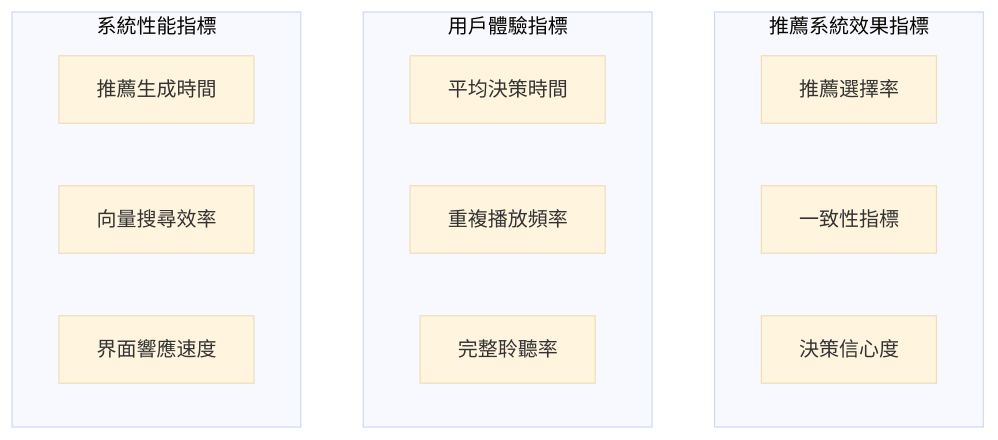
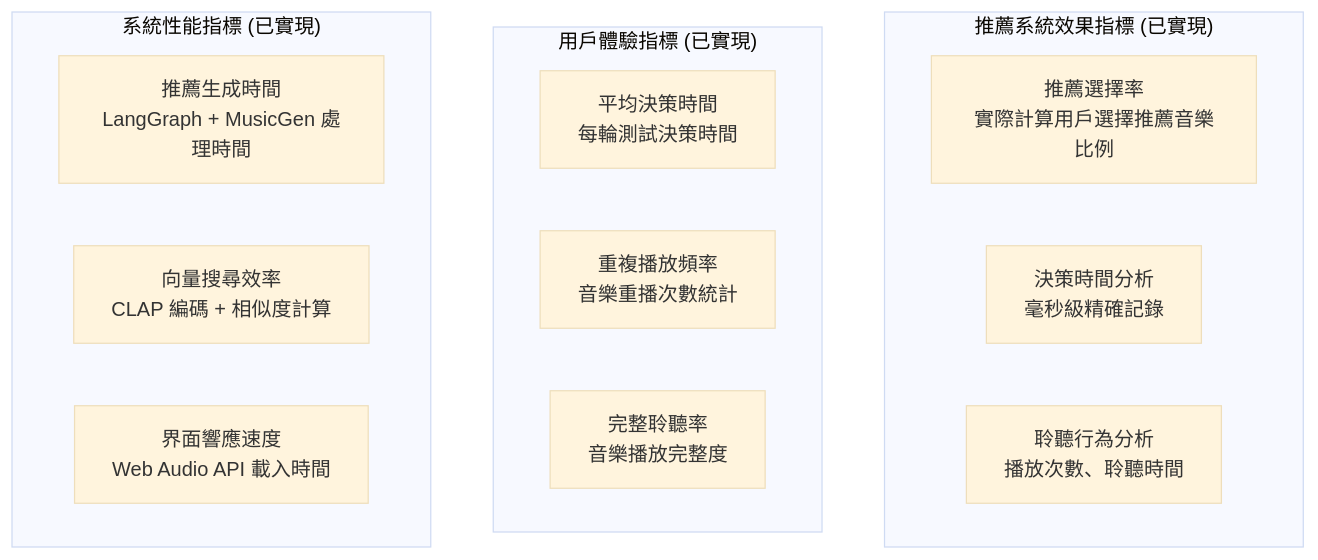
Diagram 11 of 13 in docs/RecommendationSystem.md (whats2000/sleep-recommendation-system), drawn with Mermaid (base theme) before and after one commit. The commit also changed other lines of this file, not shown here.

````diff
--- a/docs/RecommendationSystem.md
+++ b/docs/RecommendationSystem.md
@@ -323,20 +417,20 @@
 ```mermaid
 graph TD
-    subgraph "推薦系統效果指標"
-        A[推薦選擇率]
-        B[一致性指標]
-        C[決策信心度]
+    subgraph "推薦系統效果指標 (已實現)"
+        A[推薦選擇率<br/>實際計算用戶選擇推薦音樂比例]
+        B[決策時間分析<br/>毫秒級精確記錄]
+        C[聆聽行為分析<br/>播放次數、聆聽時間]
     end
-    
-    subgraph "用戶體驗指標"
-        D[平均決策時間]
-        E[重複播放頻率]
-        F[完整聆聽率]
+
+    subgraph "用戶體驗指標 (已實現)"
+        D[平均決策時間<br/>每輪測試決策時間]
+        E[重複播放頻率<br/>音樂重播次數統計]
+        F[完整聆聽率<br/>音樂播放完整度]
     end
-    
-    subgraph "系統性能指標"
-        G[推薦生成時間]
-        H[向量搜尋效率]
-        I[界面響應速度]
+
+    subgraph "系統性能指標 (已實現)"
+        G[推薦生成時間<br/>LangGraph + MusicGen 處理時間]
+        H[向量搜尋效率<br/>CLAP 編碼 + 相似度計算]
+        I[界面響應速度<br/>Web Audio API 載入時間]
     end
 ```
````
